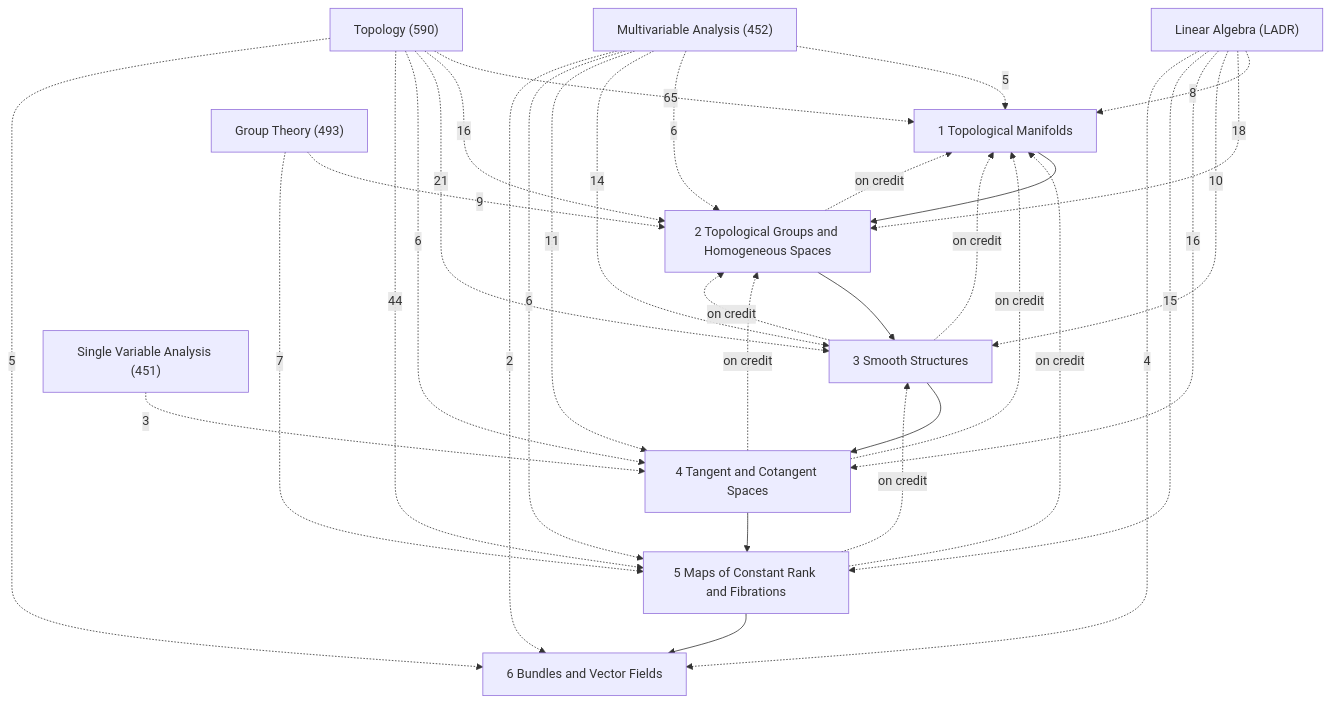
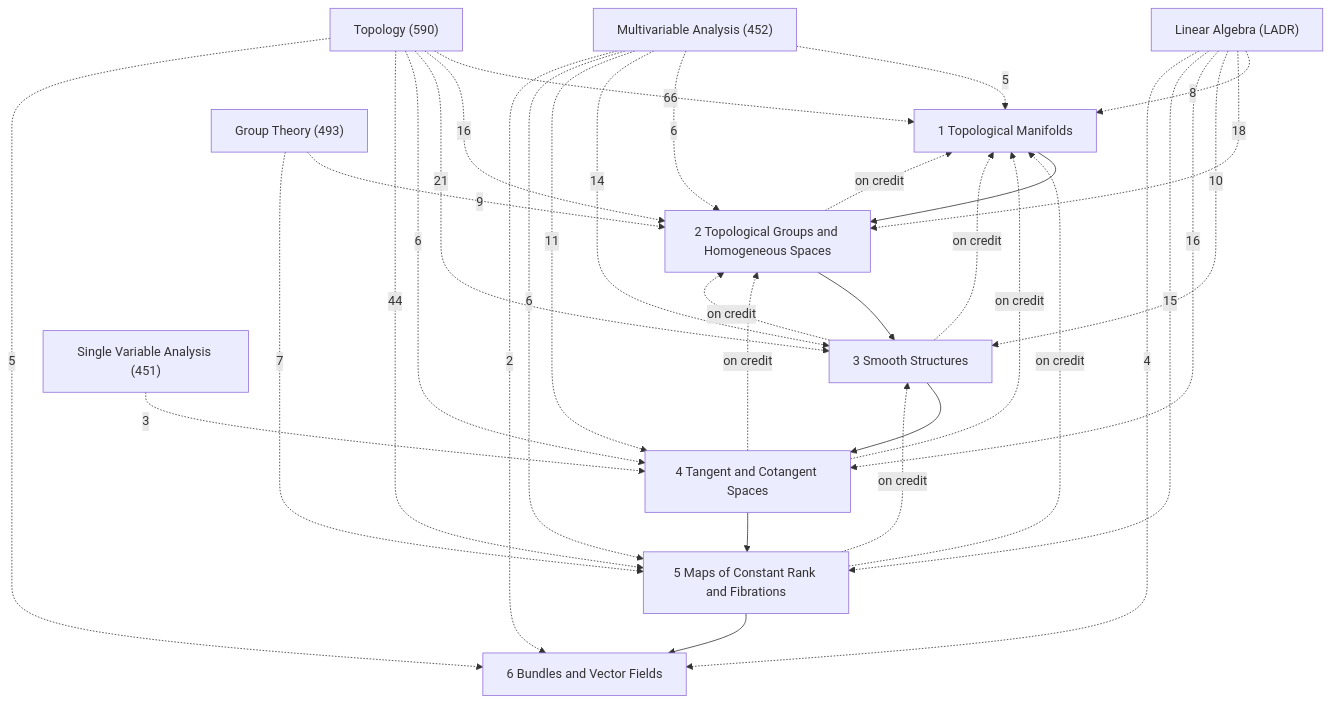
Before and after one commit to Onion20040508/notes: the diagram in Math/Differentiable Manifolds/Differentiable Manifolds.md, drawn with Mermaid. The commit also changed other lines of this file and 207 other files, not shown here.

````diff
--- a/Math/Differentiable Manifolds/Differentiable Manifolds.md
+++ b/Math/Differentiable Manifolds/Differentiable Manifolds.md
@@ -27,47 +27,47 @@
 ```mermaid
 graph TD
   C1["1 Topological Manifolds"]
   C2["2 Topological Groups and Homogeneous Spaces"]
   C3["3 Smooth Structures"]
   C4["4 Tangent and Cotangent Spaces"]
   C5["5 Maps of Constant Rank and Fibrations"]
   C6["6 Bundles and Vector Fields"]
   X1["Topology (590)"]
   X2["Multivariable Analysis (452)"]
   X3["Linear Algebra (LADR)"]
   X4["Group Theory (493)"]
   X5["Single Variable Analysis (451)"]
   C1 --> C2
   C2 --> C3
   C3 --> C4
   C4 --> C5
   C5 --> C6
   C2 -.->|on credit| C1
   C3 -.->|on credit| C1
   C3 -.->|on credit| C2
   C4 -.->|on credit| C1
   C4 -.->|on credit| C2
   C5 -.->|on credit| C1
   C5 -.->|on credit| C3
   X4 -.->|9| C2
   X4 -.->|7| C5
   X3 -.->|8| C1
   X3 -.->|18| C2
   X3 -.->|10| C3
   X3 -.->|16| C4
   X3 -.->|15| C5
   X3 -.->|4| C6
   X2 -.->|5| C1
   X2 -.->|6| C2
   X2 -.->|14| C3
   X2 -.->|11| C4
   X2 -.->|6| C5
   X2 -.->|2| C6
   X5 -.->|3| C4
-  X1 -.->|65| C1
+  X1 -.->|66| C1
   X1 -.->|16| C2
   X1 -.->|21| C3
   X1 -.->|6| C4
   X1 -.->|44| C5
   X1 -.->|5| C6
 ```
````
